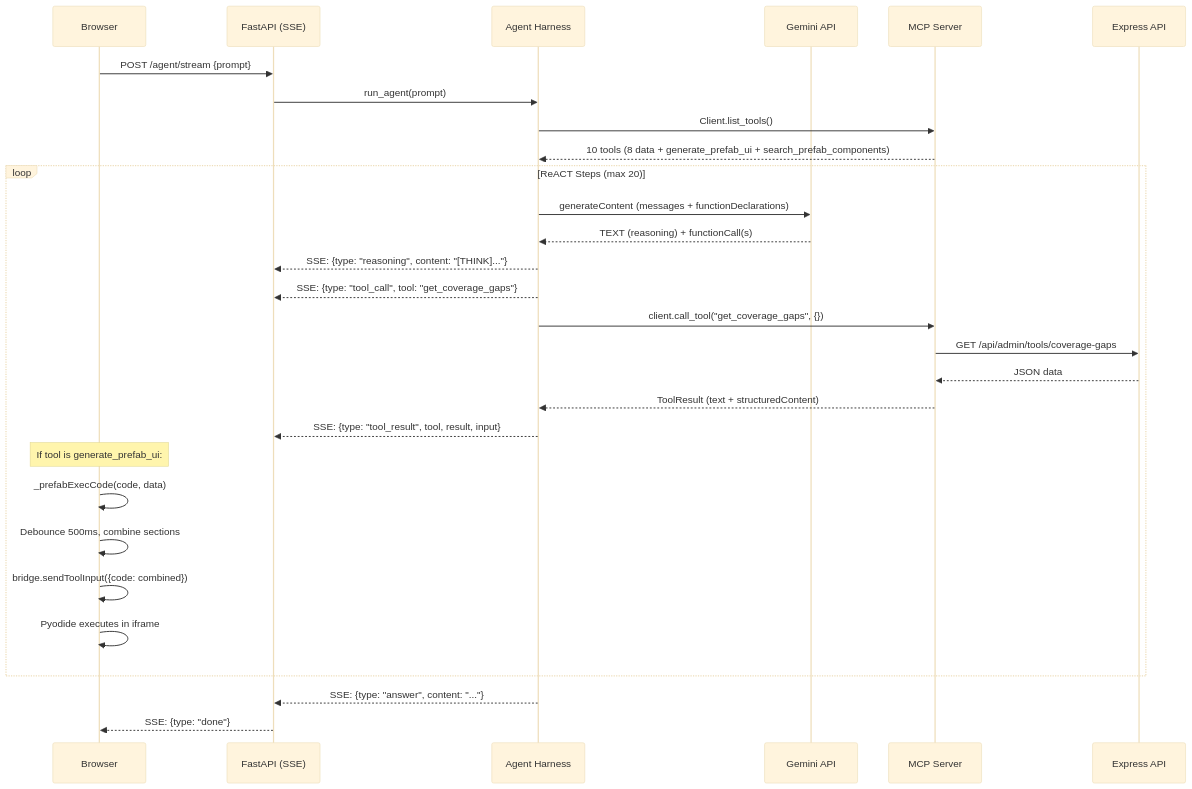
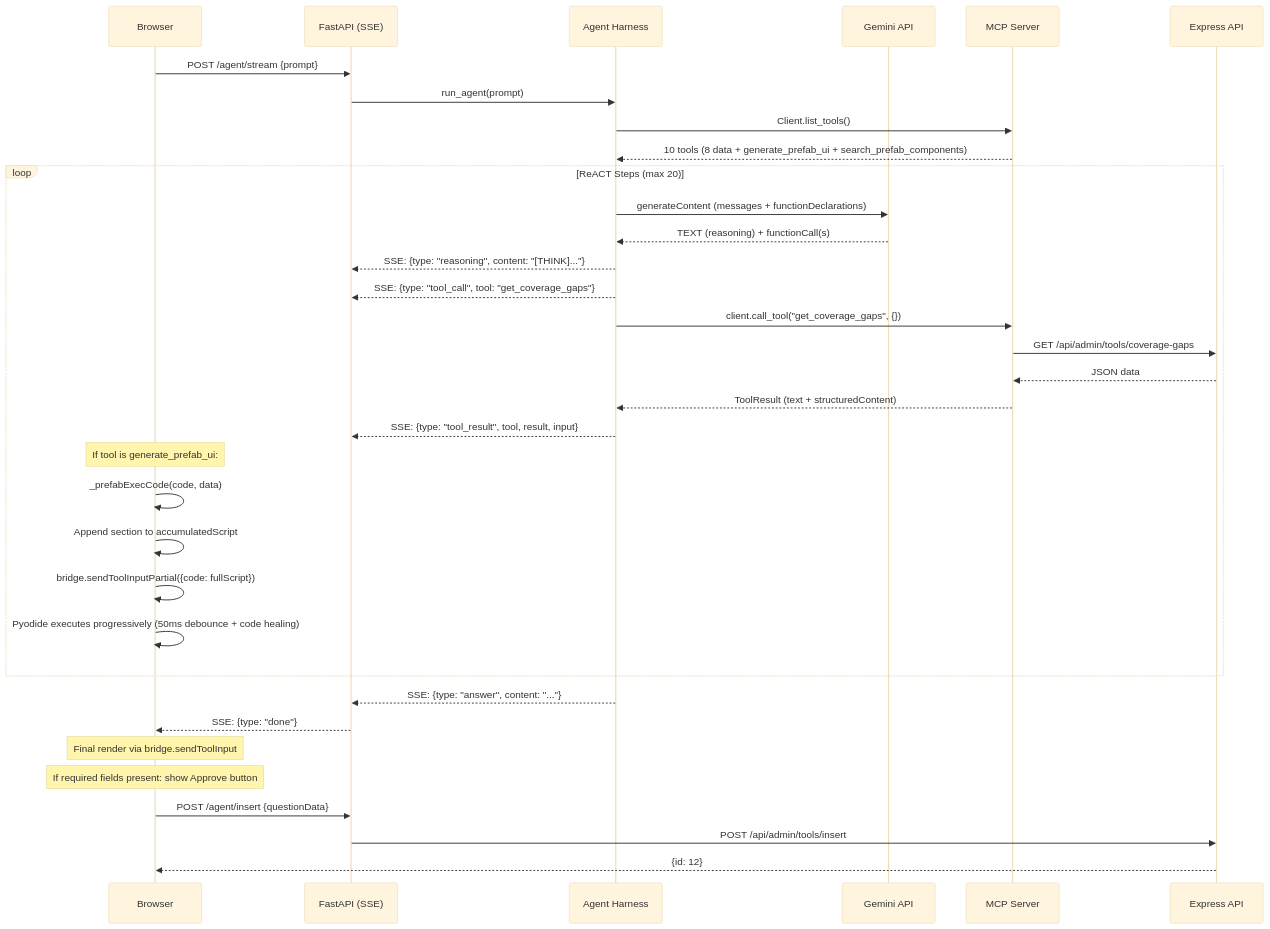
Before and after one commit to prateekpanjla-outlook/duckdb-wasm-ide: the second of 3 diagrams in docs/mcp-v3-genui-architecture.md, drawn with Mermaid (base theme). The commit also changed other lines of this file and 10 other files, not shown here.

````diff
--- a/docs/mcp-v3-genui-architecture.md
+++ b/docs/mcp-v3-genui-architecture.md
@@ -65,36 +64,41 @@
 ```mermaid
 sequenceDiagram
     participant B as Browser
     participant S as FastAPI (SSE)
     participant A as Agent Harness
     participant G as Gemini API
     participant M as MCP Server
     participant E as Express API
 
     B->>S: POST /agent/stream {prompt}
     S->>A: run_agent(prompt)
     A->>M: Client.list_tools()
     M-->>A: 10 tools (8 data + generate_prefab_ui + search_prefab_components)
 
     loop ReACT Steps (max 20)
         A->>G: generateContent (messages + functionDeclarations)
         G-->>A: TEXT (reasoning) + functionCall(s)
         A-->>S: SSE: {type: "reasoning", content: "[THINK]..."}
         A-->>S: SSE: {type: "tool_call", tool: "get_coverage_gaps"}
 
         A->>M: client.call_tool("get_coverage_gaps", {})
         M->>E: GET /api/admin/tools/coverage-gaps
         E-->>M: JSON data
         M-->>A: ToolResult (text + structuredContent)
         A-->>S: SSE: {type: "tool_result", tool, result, input}
 
         Note over B: If tool is generate_prefab_ui:
         B->>B: _prefabExecCode(code, data)
-        B->>B: Debounce 500ms, combine sections
-        B->>B: bridge.sendToolInput({code: combined})
-        B->>B: Pyodide executes in iframe
+        B->>B: Append section to accumulatedScript
+        B->>B: bridge.sendToolInputPartial({code: fullScript})
+        B->>B: Pyodide executes progressively (50ms debounce + code healing)
     end
 
     A-->>S: SSE: {type: "answer", content: "..."}
     S-->>B: SSE: {type: "done"}
+    Note over B: Final render via bridge.sendToolInput
+    Note over B: If required fields present: show Approve button
+    B->>S: POST /agent/insert {questionData}
+    S->>E: POST /api/admin/tools/insert
+    E-->>B: {id: 12}
 ```
````
